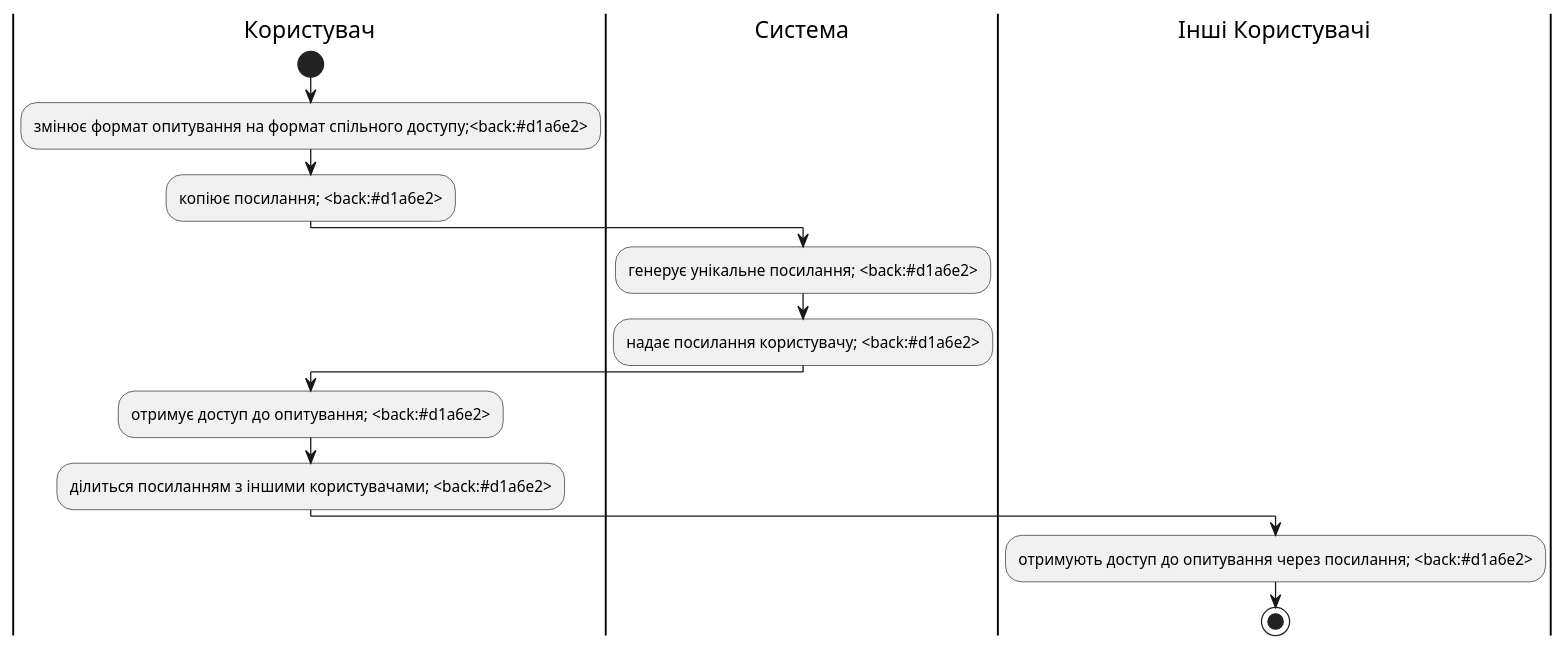
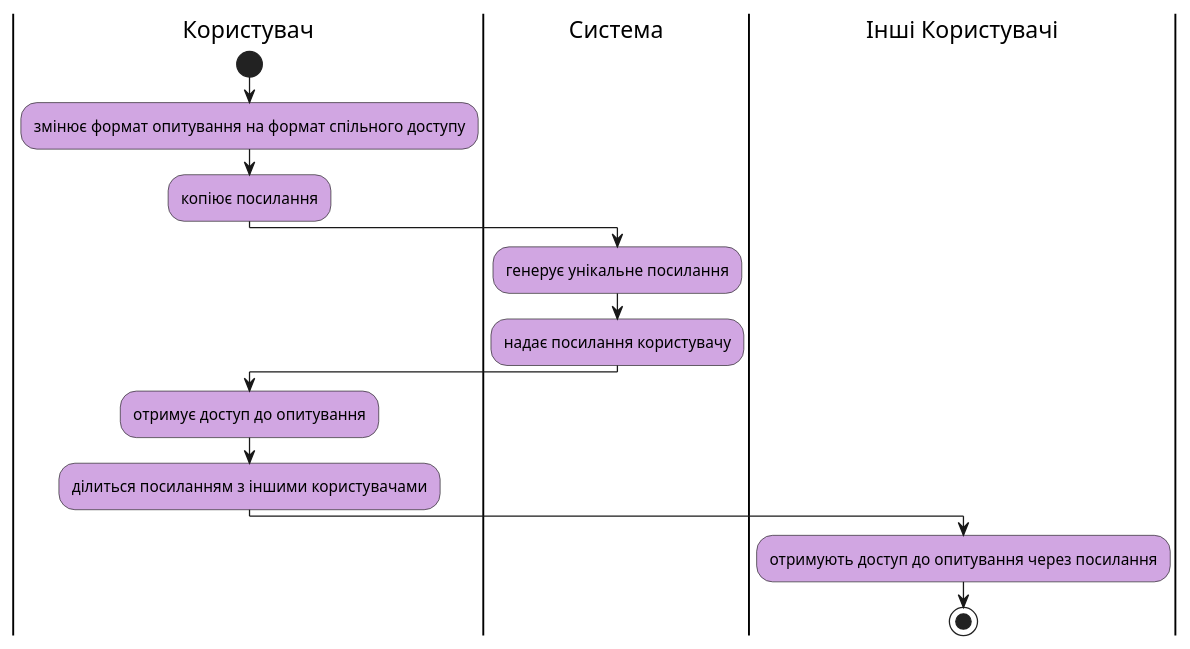
One commit to sunnytea0/db_labs_my changed the second of 3 diagrams in docs/use cases/README.md. Above: the diagram before and after it, drawn with PlantUML. The commit also changed other lines of this file, not shown here.

```diff
--- a/docs/use cases/README.md
+++ b/docs/use cases/README.md
@@ -172,20 +172,21 @@
 @startuml
+
+skinparam ActivityBackgroundColor #d1a6e2
 
     |Користувач|
     start;
-    :змінює формат опитування на формат спільного доступу;<back:#d1a6e2>;
-    :копіює посилання; <back:#d1a6e2>;
-
+    :змінює формат опитування на формат спільного доступу;
+    :копіює посилання; 
     |Система|
-    :генерує унікальне посилання; <back:#d1a6e2>;
-    :надає посилання користувачу; <back:#d1a6e2>;
+    :генерує унікальне посилання; 
+    :надає посилання користувачу; 
     |Користувач|
-    :отримує доступ до опитування; <back:#d1a6e2>;
-    :ділиться посиланням з іншими користувачами; <back:#d1a6e2>;
+    :отримує доступ до опитування; 
+    :ділиться посиланням з іншими користувачами; 
 
     |Інші Користувачі|
-    :отримують доступ до опитування через посилання; <back:#d1a6e2>;
+    :отримують доступ до опитування через посилання; 
     
     stop;
 
 @enduml
```
